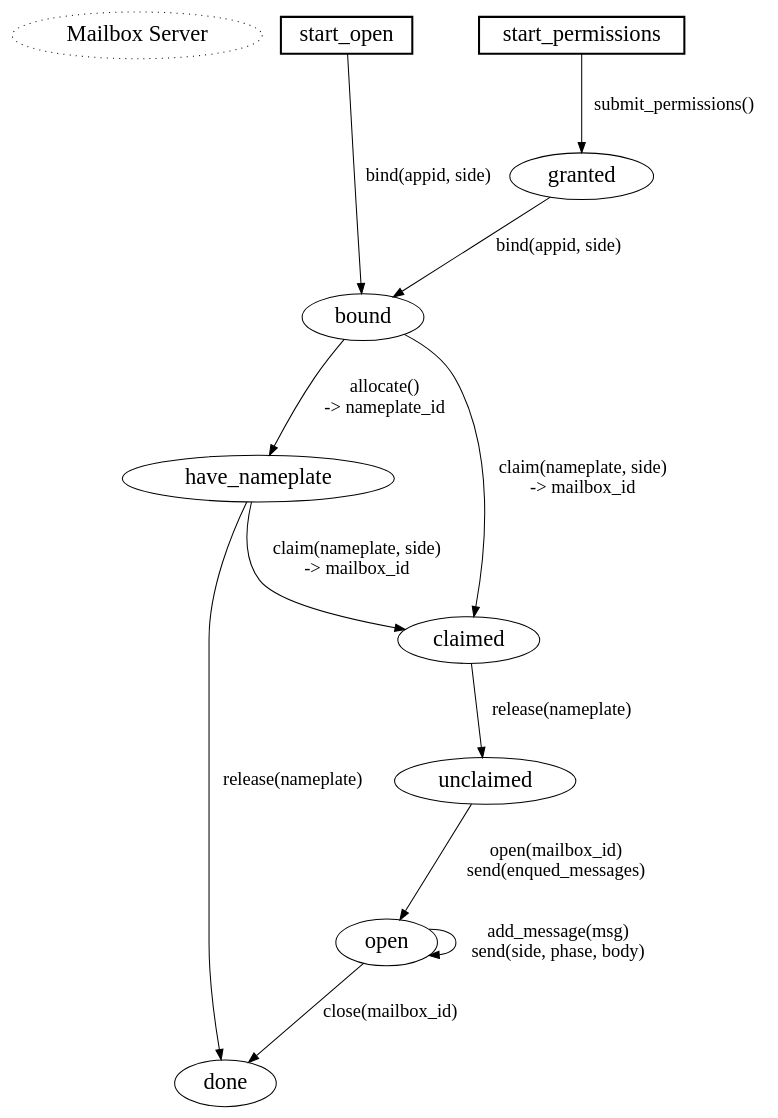
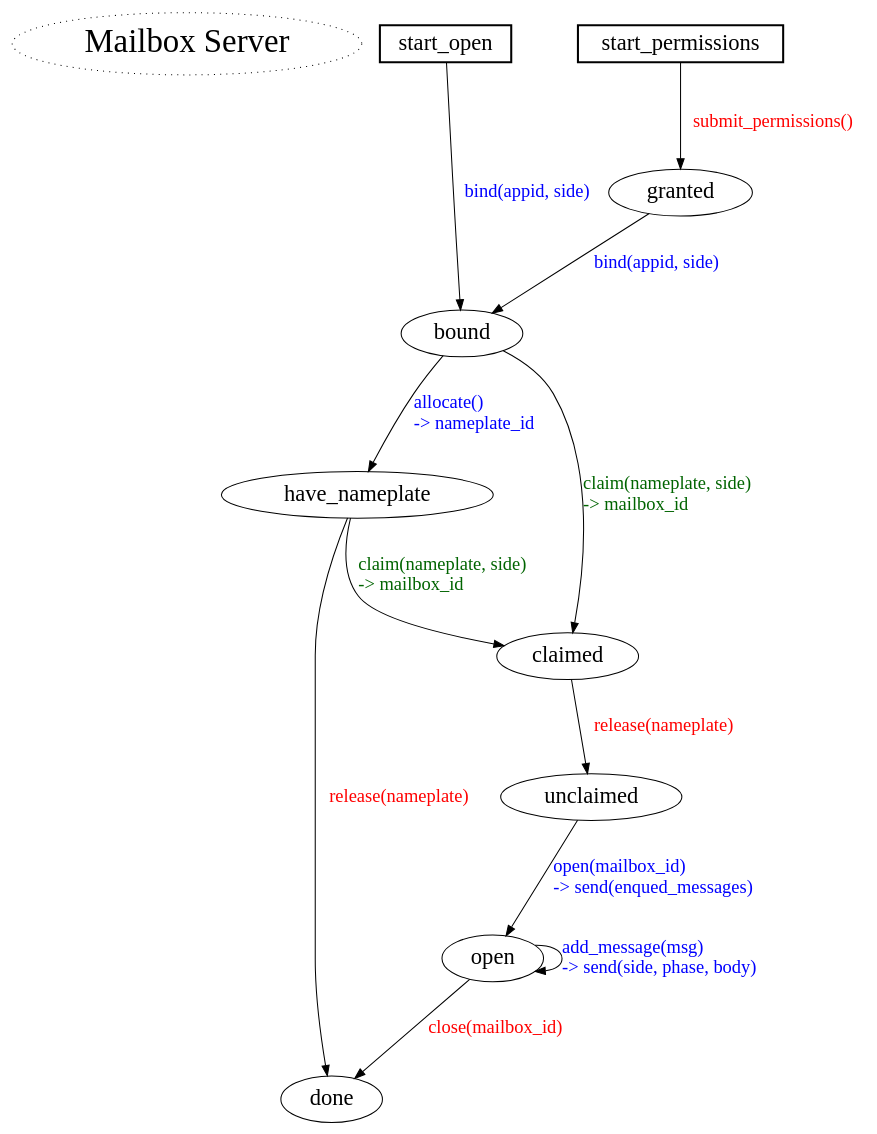
Before and after one commit to magic-wormhole/magic-wormhole-mailbox-server: the diagram in docs/states.dot, drawn with Graphviz.

Commit message:
formatting'

```diff
--- a/docs/states.dot
+++ b/docs/states.dot
@@ -1,55 +1,55 @@
 /*digraph {
     title [label="Mailbox\nServer Machine" style="dotted"]
 
     start -> opened [label="open(side)"];
 
     opened -> opened [label="open(side)"];
     opened -> opened [label="add_message(sided_message)"];
     opened -> closing [label="close(side, mood)"];
 
     closing -> closing [label="close(side, mood)"];
 }
 */
 
 
 // note: all messages have an "id" and a "type"
 // and the server sends back an "ack" for every one
 // but that ack etc isn't covered in these diagrams
 
 digraph {
     node [fontname = "Source Sans Pro" fontsize = 22];
-    edge [fontname = "Source Code Pro" fontsize = 18];
+    edge [fontname = "Source Code Pro" fontsize = 18 fontcolor=blue];
     graph [fontname = "Source Sans Pro" fontsize = 22];
 
-    title [label="Mailbox Server" style="dotted"];
+    title [label="Mailbox Server" style="dotted" fontsize=32];
 
     ranksep = 1;
 
     {rank=same; start_open start_permissions}
     start_open [shape=box, style=bold];
     start_open -> bound [label="bind(appid, side)"];
 
     start_permissions [shape=box, style=bold];
-    start_permissions -> granted [label="submit_permissions()"];
-    granted -> bound [label="bind(appid, side)", decorate="asdf"];
+    start_permissions -> granted [label="submit_permissions()" fontcolor=red];
+    granted -> bound [label="bind(appid, side)"];
 
-    bound -> have_nameplate [label="allocate()\n-> nameplate_id"]
+    bound -> have_nameplate [label="allocate()\l-> nameplate_id\l"]
     # allocate() really does do a claim() .. but you have to call it explicitly too
-    have_nameplate -> claimed [label="claim(nameplate, side)\n-> mailbox_id"]
-    have_nameplate -> done [label="release(nameplate)"]
+    have_nameplate -> claimed [label="claim(nameplate, side)\l-> mailbox_id\l" fontcolor=darkgreen]
+    have_nameplate -> done [label="release(nameplate)" fontcolor=red]
 
     # ths is on the "join" side; they are told the nameplate number
-    bound -> claimed [label="claim(nameplate, side)\n-> mailbox_id"]
-    claimed -> unclaimed [label="release(nameplate)"]
+    bound -> claimed [label="claim(nameplate, side)\l-> mailbox_id\l" fontcolor=darkgreen]
+    claimed -> unclaimed [label="release(nameplate)" fontcolor=red]
 
     # note: allowing two different paths to 'unclaimed' is I think
     # _allowed_ currently by the server, but better to define it with
     # juts one way probably.
 
-    unclaimed -> open [label="open(mailbox_id)\nsend(enqued_messages)"]
-    #claimed -> open [label="open(mailbox_id)\nsend(enqued_messages)"]
+    unclaimed -> open [label="open(mailbox_id)\l-> send(enqued_messages)\l"]
+    #claimed -> open [label="open(mailbox_id)\l-> send(enqued_messages)\l"]
     #open -> open [label="release(nameplate)"]
-    open -> open [label="add_message(msg)\nsend(side, phase, body)"]
-    open ->      done [label="close(mailbox_id)"]
+    open -> open [label="add_message(msg)\l-> send(side, phase, body)\l"]
+    open ->      done [label="close(mailbox_id)" fontcolor=red]
     # XXX will get all message already in the box, how to represent?
 }
```
